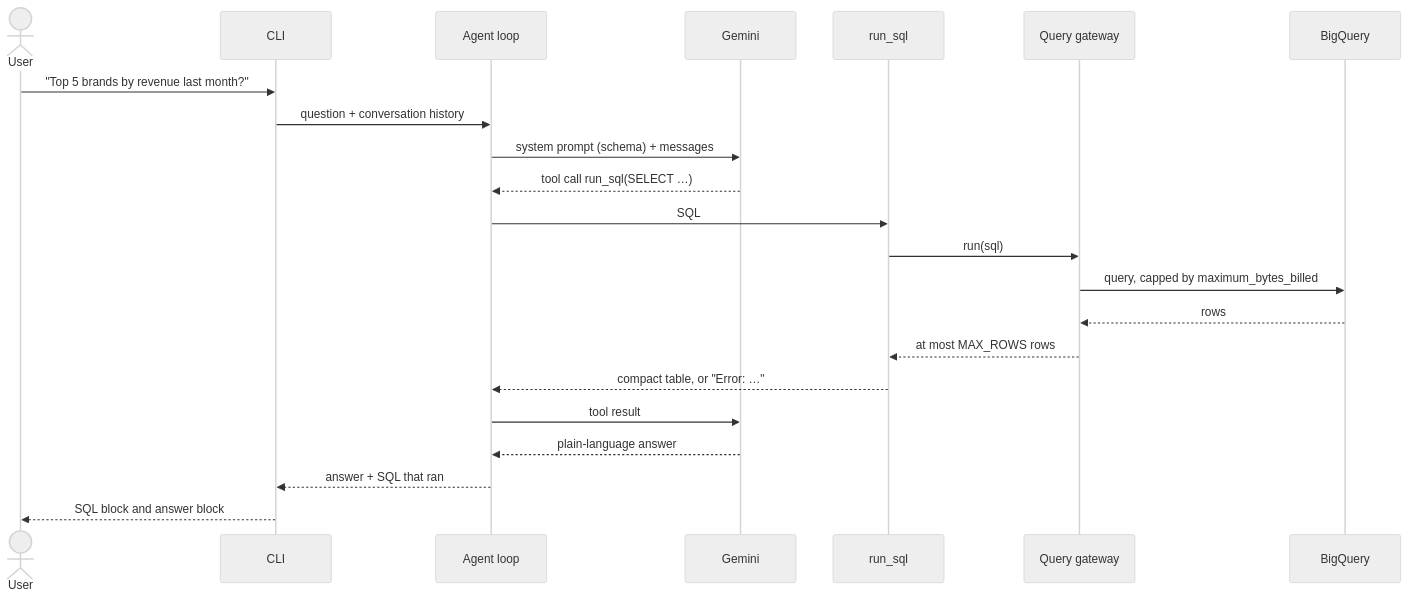
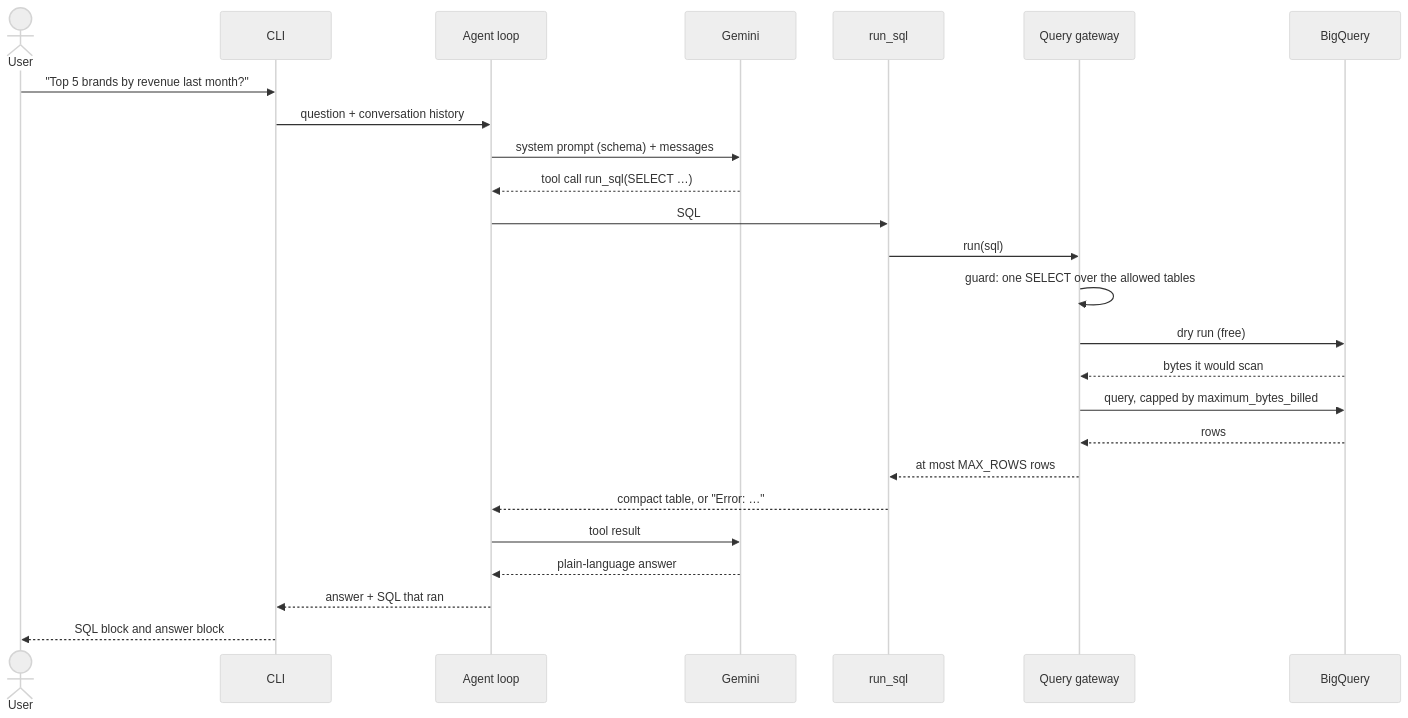
One commit to AmanzholDaribay/retail-data-agent changed the second of 2 diagrams in docs/hld.md. Above: the diagram before and after it, drawn with Mermaid (neutral theme). The commit also changed other lines of this file and 14 other files, not shown here.

First line of the commit message:
Guard every query: one SELECT over the allowed tables, under the byte limit

````diff
--- a/docs/hld.md
+++ b/docs/hld.md
@@ -69,25 +69,28 @@
 ```mermaid
 sequenceDiagram
     actor U as User
     participant C as CLI
     participant A as Agent loop
     participant M as Gemini
     participant T as run_sql
     participant G as Query gateway
     participant B as BigQuery
 
     U->>C: "Top 5 brands by revenue last month?"
     C->>A: question + conversation history
     A->>M: system prompt (schema) + messages
     M-->>A: tool call run_sql(SELECT …)
     A->>T: SQL
     T->>G: run(sql)
+    G->>G: guard: one SELECT over the allowed tables
+    G->>B: dry run (free)
+    B-->>G: bytes it would scan
     G->>B: query, capped by maximum_bytes_billed
     B-->>G: rows
     G-->>T: at most MAX_ROWS rows
     T-->>A: compact table, or "Error: …"
     A->>M: tool result
     M-->>A: plain-language answer
     A-->>C: answer + SQL that ran
     C-->>U: SQL block and answer block
 ```
````
